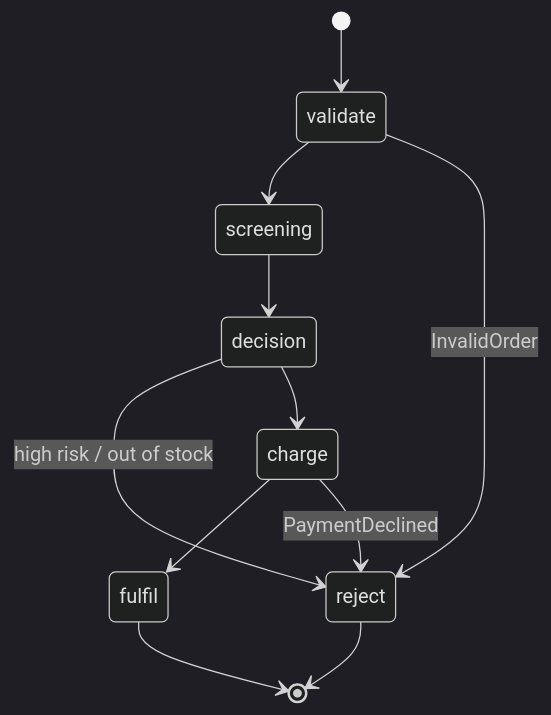
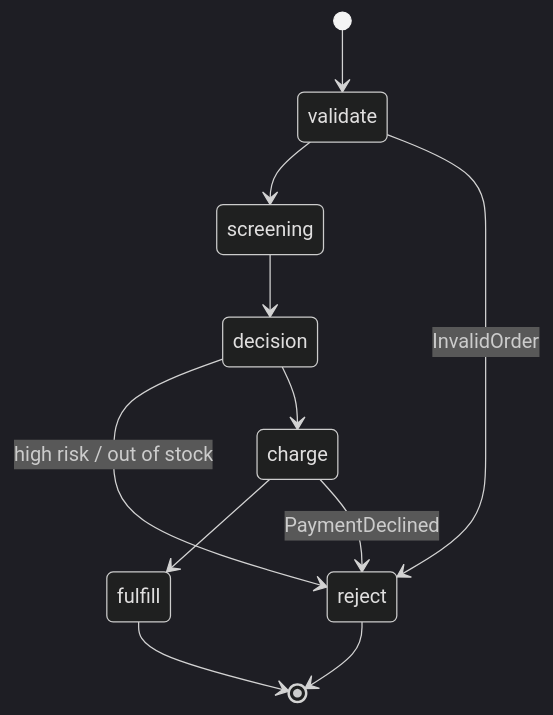
One commit to fission/fission.io changed the diagram in content/en/docs/usage/workflows/_index.md. Above: the diagram before and after it, drawn with Mermaid (dark theme). The commit also changed other lines of this file and 4 other files, not shown here.

````diff
--- a/content/en/docs/usage/workflows/_index.md
+++ b/content/en/docs/usage/workflows/_index.md
@@ -42,13 +42,13 @@
 ```mermaid
 stateDiagram-v2
   [*] --> validate
   validate --> screening
   validate --> reject: InvalidOrder
   screening --> decision
   decision --> reject: high risk / out of stock
   decision --> charge
-  charge --> fulfil
+  charge --> fulfill
   charge --> reject: PaymentDeclined
-  fulfil --> [*]
+  fulfill --> [*]
   reject --> [*]
 ```
````
